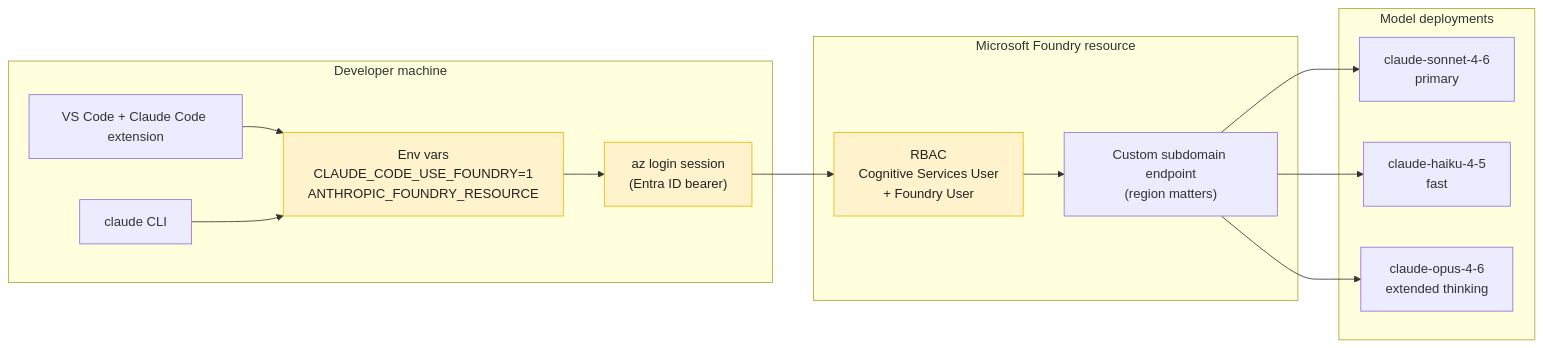
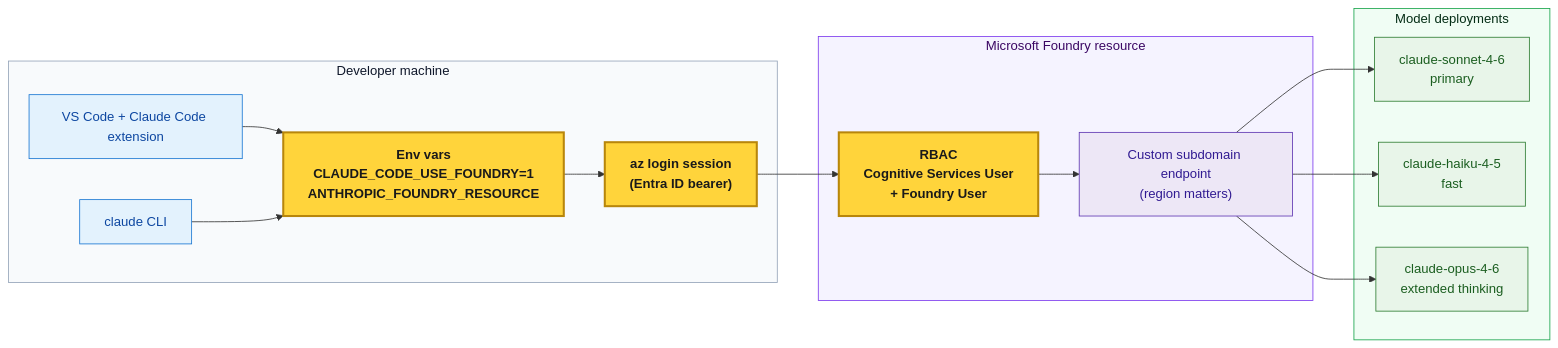
One commit to lindazhang2000/Claude-Code-on-Microsoft-Foundry changed the diagram in docs/architecture.md. Above: the diagram before and after it, drawn with Mermaid.

Commit message:
docs(architecture): enhance diagram colors, distinguish gotcha nodes from subgraph backgrounds

````diff
--- a/docs/architecture.md
+++ b/docs/architecture.md
@@ -5,31 +5,37 @@
 ```mermaid
 flowchart LR
     subgraph DEV["Developer machine"]
-        VSCODE["VS Code + Claude Code extension"]
-        CLI["claude CLI"]
+        VSCODE["VS Code + Claude Code extension"]:::dev
+        CLI["claude CLI"]:::dev
         ENV["Env vars<br/>CLAUDE_CODE_USE_FOUNDRY=1<br/>ANTHROPIC_FOUNDRY_RESOURCE"]:::gotcha
         AZL["az login session<br/>(Entra ID bearer)"]:::gotcha
     end
 
     subgraph FOUNDRY["Microsoft Foundry resource"]
         RBAC["RBAC<br/>Cognitive Services User<br/>+ Foundry User"]:::gotcha
-        ENDPOINT["Custom subdomain endpoint<br/>(region matters)"]
+        ENDPOINT["Custom subdomain endpoint<br/>(region matters)"]:::foundry
     end
 
     subgraph MODELS["Model deployments"]
-        SONNET["claude-sonnet-4-6<br/>primary"]
-        HAIKU["claude-haiku-4-5<br/>fast"]
-        OPUS["claude-opus-4-6<br/>extended thinking"]
+        SONNET["claude-sonnet-4-6<br/>primary"]:::model
+        HAIKU["claude-haiku-4-5<br/>fast"]:::model
+        OPUS["claude-opus-4-6<br/>extended thinking"]:::model
     end
 
     VSCODE --> ENV
     CLI --> ENV
     ENV --> AZL
     AZL --> RBAC
     RBAC --> ENDPOINT
     ENDPOINT --> SONNET
     ENDPOINT --> HAIKU
     ENDPOINT --> OPUS
 
-    classDef gotcha fill:#FFF3CD,stroke:#E6B800,color:#222
+    classDef gotcha fill:#FFD43B,stroke:#B8860B,stroke-width:2.5px,color:#1a1a1a,font-weight:bold
+    classDef dev fill:#E3F2FD,stroke:#1976D2,color:#0D47A1
+    classDef foundry fill:#EDE7F6,stroke:#5E35B1,color:#311B92
+    classDef model fill:#E8F5E9,stroke:#2E7D32,color:#1B5E20
+    style DEV fill:#F8FAFC,stroke:#94A3B8,color:#0F172A
+    style FOUNDRY fill:#F5F3FF,stroke:#7C3AED,color:#3B0764
+    style MODELS fill:#F0FDF4,stroke:#16A34A,color:#052E16
 ```
````
